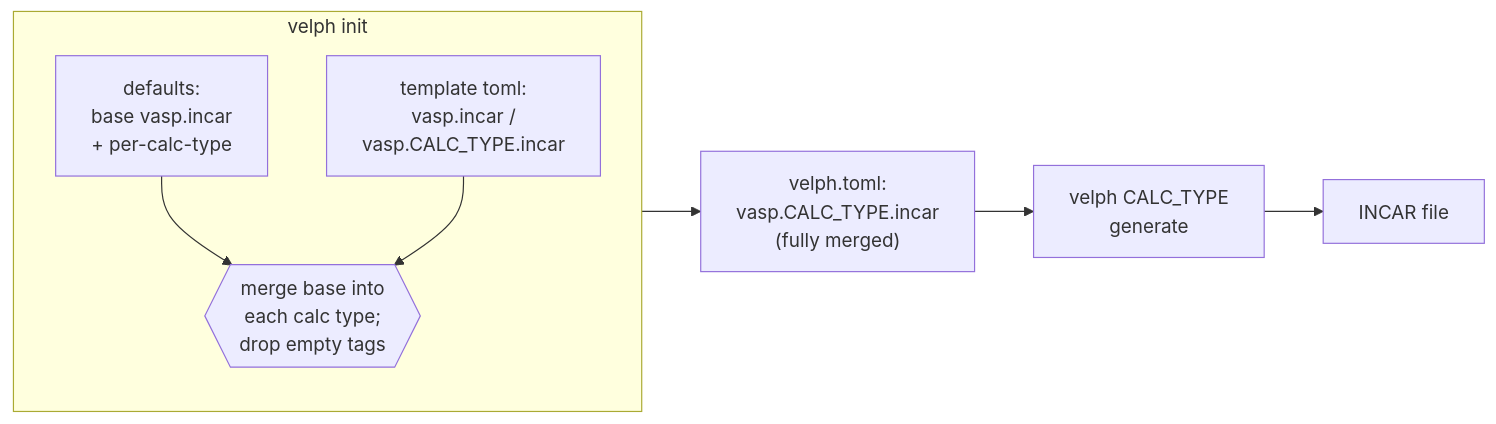
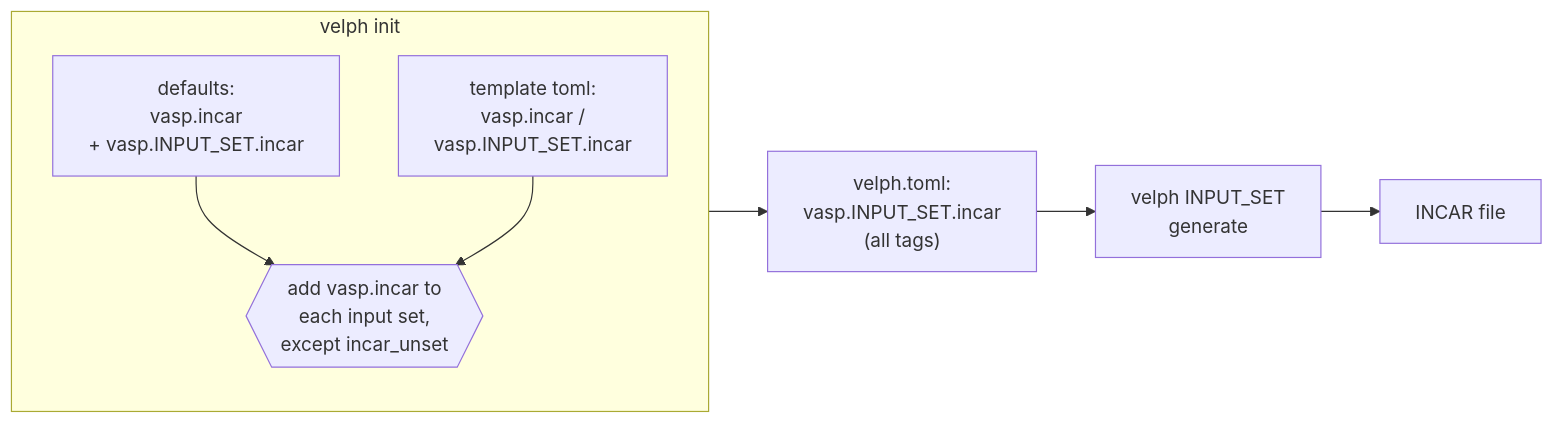
Before and after one commit to phonopy/phelel: the diagram in doc/velph-toml-vasp.md, drawn with Mermaid. The commit also changed other lines of this file and 3 other files, not shown here.

First line of the commit message:
Describe velph.toml of velph 0.15 in the documentation

````diff
--- a/doc/velph-toml-vasp.md
+++ b/doc/velph-toml-vasp.md
@@ -104,14 +143,14 @@
 ```{mermaid}
 flowchart LR
   subgraph INIT["velph init"]
     direction TB
-    DEF["defaults:<br/>base vasp.incar<br/>+ per-calc-type"]
-    TMPL["template toml:<br/>vasp.incar /<br/>vasp.CALC_TYPE.incar"]
-    MERGE{{"merge base into<br/>each calc type;<br/>drop empty tags"}}
+    DEF["defaults:<br/>vasp.incar<br/>+ vasp.INPUT_SET.incar"]
+    TMPL["template toml:<br/>vasp.incar /<br/>vasp.INPUT_SET.incar"]
+    MERGE{{"add vasp.incar to<br/>each input set,<br/>except incar_unset"}}
     DEF --> MERGE
     TMPL --> MERGE
   end
-  MERGE --> MERGED["velph.toml:<br/>vasp.CALC_TYPE.incar<br/>(fully merged)"]
-  MERGED --> GEN["velph CALC_TYPE<br/>generate"]
+  MERGE --> MERGED["velph.toml:<br/>vasp.INPUT_SET.incar<br/>(all tags)"]
+  MERGED --> GEN["velph INPUT_SET<br/>generate"]
   GEN --> INCAR["INCAR file"]
 ```
````
